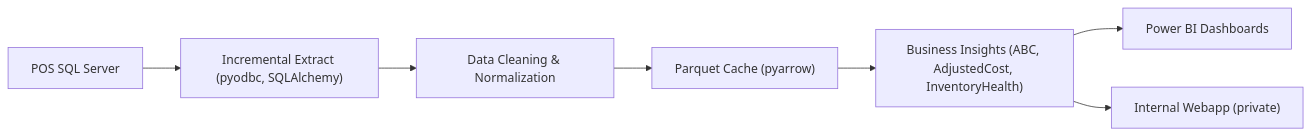
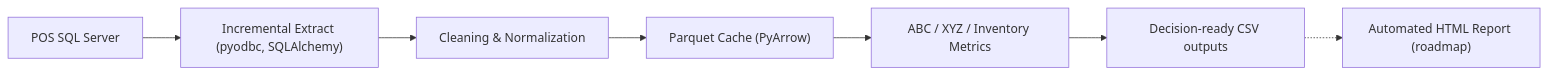
One commit to chengchakkwong/POS-Data-Analytics-Pipeline changed the first of 2 diagrams in README.md. Above: the diagram before and after it, drawn with Mermaid. The commit also changed other lines of this file and 6 other files, not shown here.

````diff
--- a/README.md
+++ b/README.md
@@ -51,12 +62,12 @@
 ```mermaid
 flowchart LR
   PosDB["POS SQL Server"]
   Extract["Incremental Extract (pyodbc, SQLAlchemy)"]
-  Clean["Data Cleaning & Normalization"]
-  Cache["Parquet Cache (pyarrow)"]
-  Insights["Business Insights (ABC, AdjustedCost, InventoryHealth)"]
-  BI["Power BI Dashboards"]
-  WebApp["Internal Webapp (private)"]
-  PosDB --> Extract --> Clean --> Cache --> Insights --> BI
-  Insights --> WebApp
+  Clean["Cleaning & Normalization"]
+  Cache["Parquet Cache (PyArrow)"]
+  Metrics["ABC / XYZ / Inventory Metrics"]
+  Outputs["Decision-ready CSV outputs"]
+  Report["Automated HTML Report (roadmap)"]
+  PosDB --> Extract --> Clean --> Cache --> Metrics --> Outputs
+  Outputs -.-> Report
 ```
````
